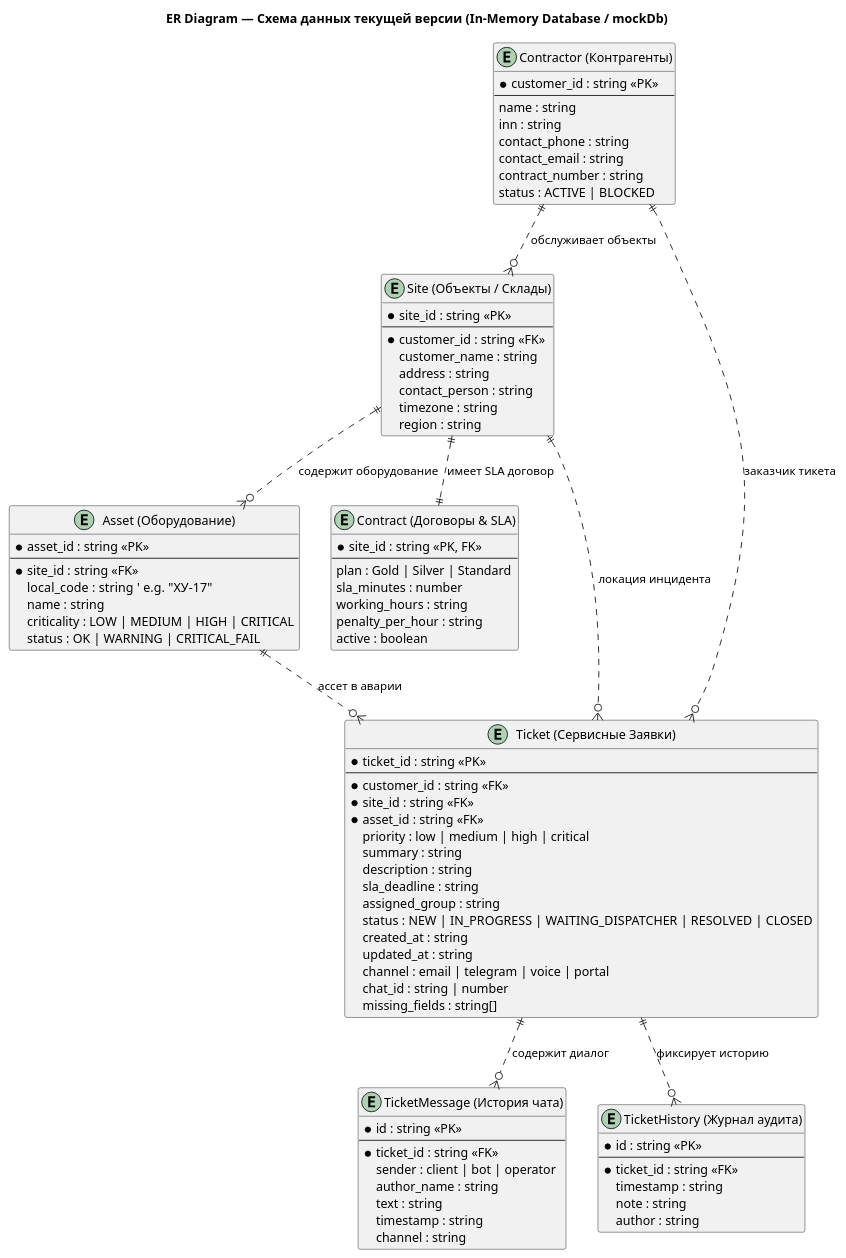
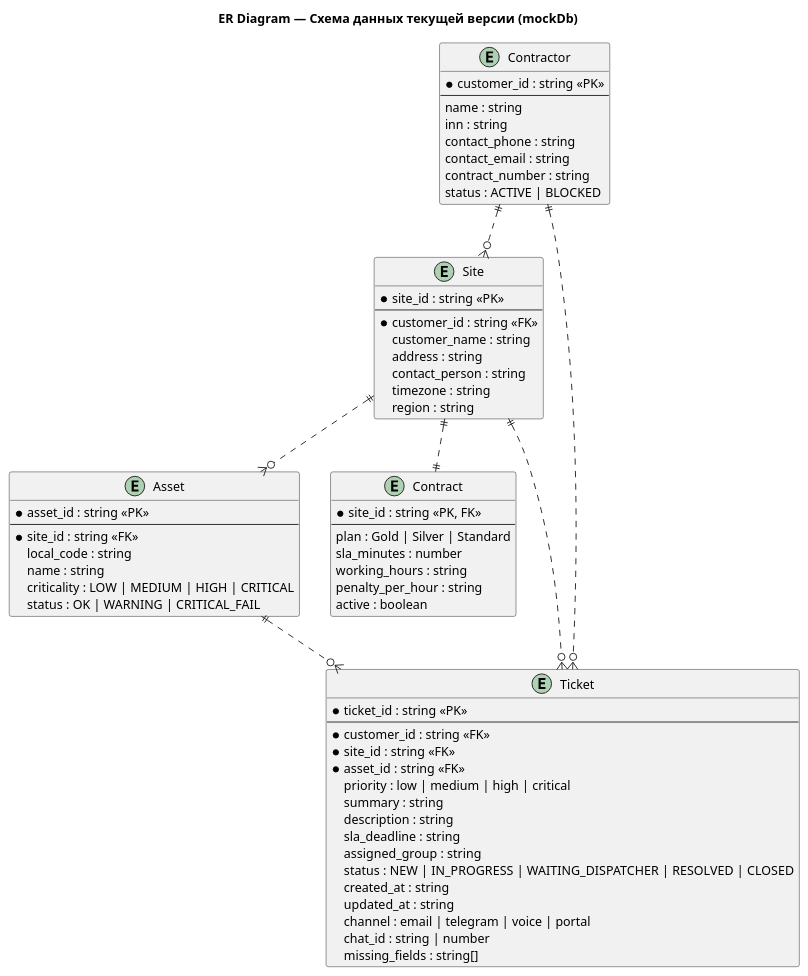
Before and after one commit to ParallelNoMinded/Text2Business: the diagram in architecture/current_as_is/diagrams/er_diagram_current.puml, drawn with PlantUML. The commit also changed 17 other files, not shown here.

```diff
--- a/architecture/current_as_is/diagrams/er_diagram_current.puml
+++ b/architecture/current_as_is/diagrams/er_diagram_current.puml
@@ -1,97 +1,72 @@
 @startuml er_diagram_current
-title ER Diagram — Схема данных текущей версии (In-Memory Database / mockDb)
+title ER Diagram — Схема данных текущей версии (mockDb)
 
-entity "Contractor (Контрагенты)" as contractor {
+entity "Contractor" as contractor {
   * customer_id : string <<PK>>
   --
   name : string
   inn : string
   contact_phone : string
   contact_email : string
   contract_number : string
   status : ACTIVE | BLOCKED
 }
 
-entity "Site (Объекты / Склады)" as site {
+entity "Site" as site {
   * site_id : string <<PK>>
   --
   * customer_id : string <<FK>>
   customer_name : string
   address : string
   contact_person : string
   timezone : string
   region : string
 }
 
-entity "Asset (Оборудование)" as asset {
+entity "Asset" as asset {
   * asset_id : string <<PK>>
   --
   * site_id : string <<FK>>
-  local_code : string  ' e.g. "ХУ-17"
+  local_code : string
   name : string
   criticality : LOW | MEDIUM | HIGH | CRITICAL
   status : OK | WARNING | CRITICAL_FAIL
 }
 
-entity "Contract (Договоры & SLA)" as contract {
+entity "Contract" as contract {
   * site_id : string <<PK, FK>>
   --
   plan : Gold | Silver | Standard
   sla_minutes : number
   working_hours : string
   penalty_per_hour : string
   active : boolean
 }
 
-entity "Ticket (Сервисные Заявки)" as ticket {
+entity "Ticket" as ticket {
   * ticket_id : string <<PK>>
   --
   * customer_id : string <<FK>>
   * site_id : string <<FK>>
   * asset_id : string <<FK>>
   priority : low | medium | high | critical
   summary : string
   description : string
   sla_deadline : string
   assigned_group : string
   status : NEW | IN_PROGRESS | WAITING_DISPATCHER | RESOLVED | CLOSED
   created_at : string
   updated_at : string
   channel : email | telegram | voice | portal
   chat_id : string | number
   missing_fields : string[]
 }
 
-entity "TicketMessage (История чата)" as message {
-  * id : string <<PK>>
-  --
-  * ticket_id : string <<FK>>
-  sender : client | bot | operator
-  author_name : string
-  text : string
-  timestamp : string
-  channel : string
-}
-
-entity "TicketHistory (Журнал аудита)" as history {
-  * id : string <<PK>>
-  --
-  * ticket_id : string <<FK>>
-  timestamp : string
-  note : string
-  author : string
-}
-
-' Реляционные связи
-contractor ||..o{ site : "обслуживает объекты"
-site ||..o{ asset : "содержит оборудование"
-site ||..|| contract : "имеет SLA договор"
-
-contractor ||..o{ ticket : "заказчик тикета"
-site ||..o{ ticket : "локация инцидента"
-asset ||..o{ ticket : "ассет в аварии"
-
-ticket ||..o{ message : "содержит диалог"
-ticket ||..o{ history : "фиксирует историю"
+contractor ||..o{ site
+site ||..o{ asset
+site ||..|| contract
+contractor ||..o{ ticket
+site ||..o{ ticket
+asset ||..o{ ticket
 
 @enduml
```
